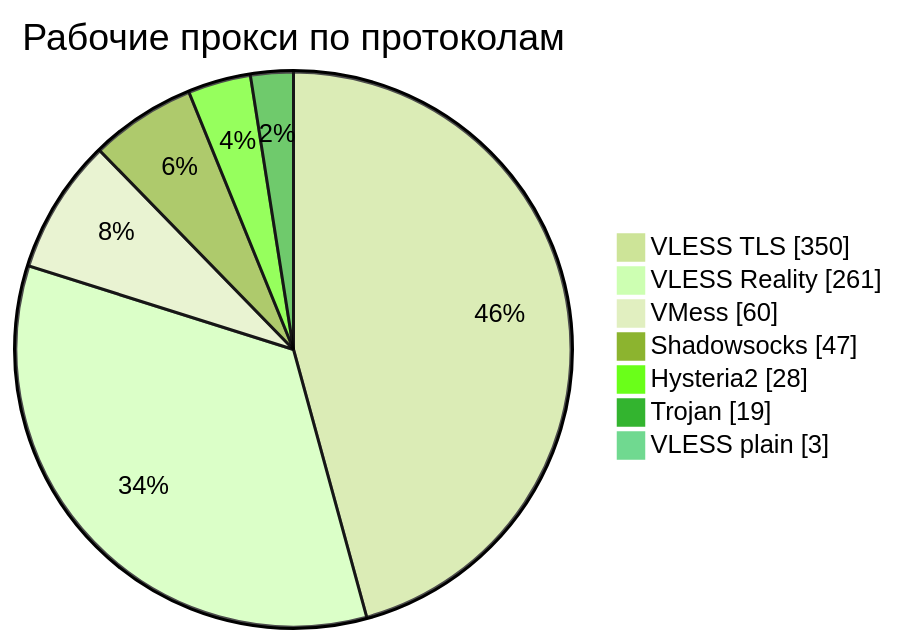
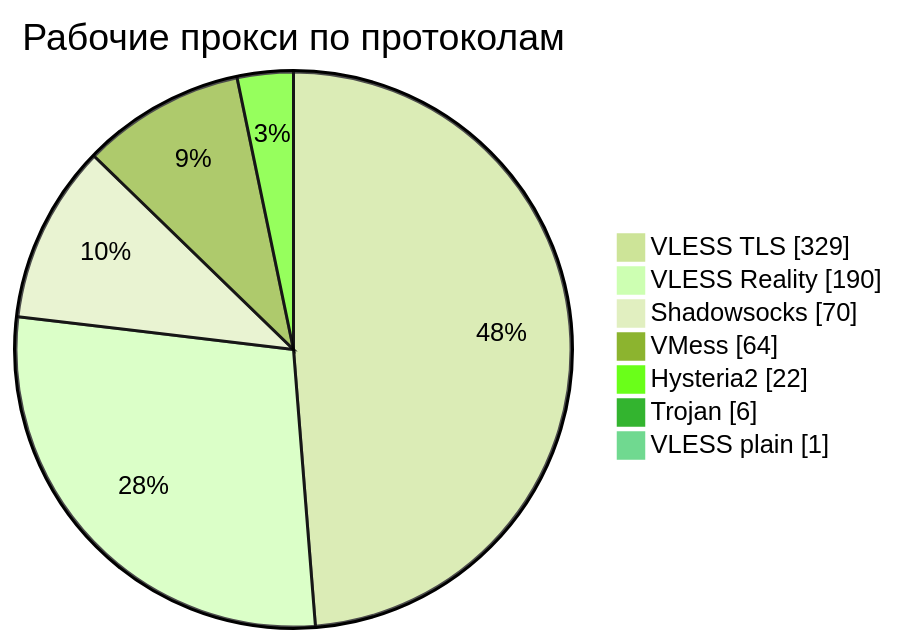
The third of 4 diagrams in README.md (rvvg/proxy-subs), drawn with Mermaid (forest theme) before and after one commit. The commit also changed other lines of this file and 45 other files, not shown here.

````diff
--- a/README.md
+++ b/README.md
@@ -133,11 +131,11 @@
 ```mermaid
 pie showData
     title Рабочие прокси по протоколам
-    "VLESS TLS" : 350
-    "VLESS Reality" : 261
-    "VMess" : 60
-    "Shadowsocks" : 47
-    "Hysteria2" : 28
-    "Trojan" : 19
-    "VLESS plain" : 3
+    "VLESS TLS" : 329
+    "VLESS Reality" : 190
+    "Shadowsocks" : 70
+    "VMess" : 64
+    "Hysteria2" : 22
+    "Trojan" : 6
+    "VLESS plain" : 1
 ```
````
